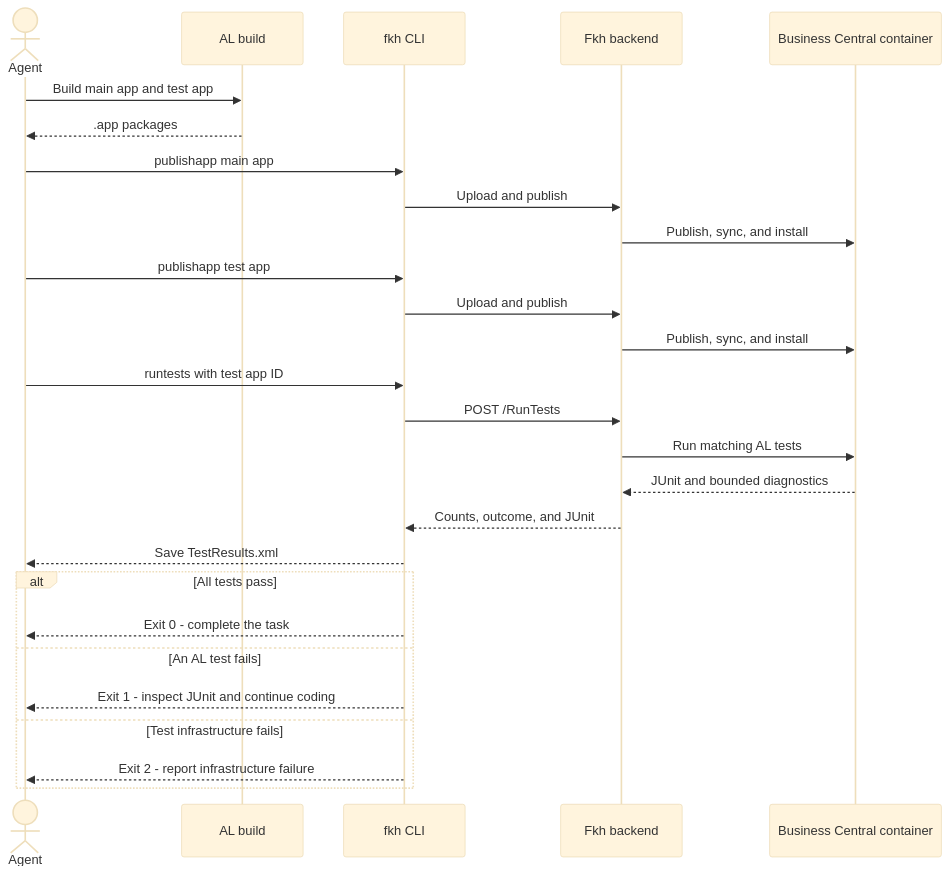
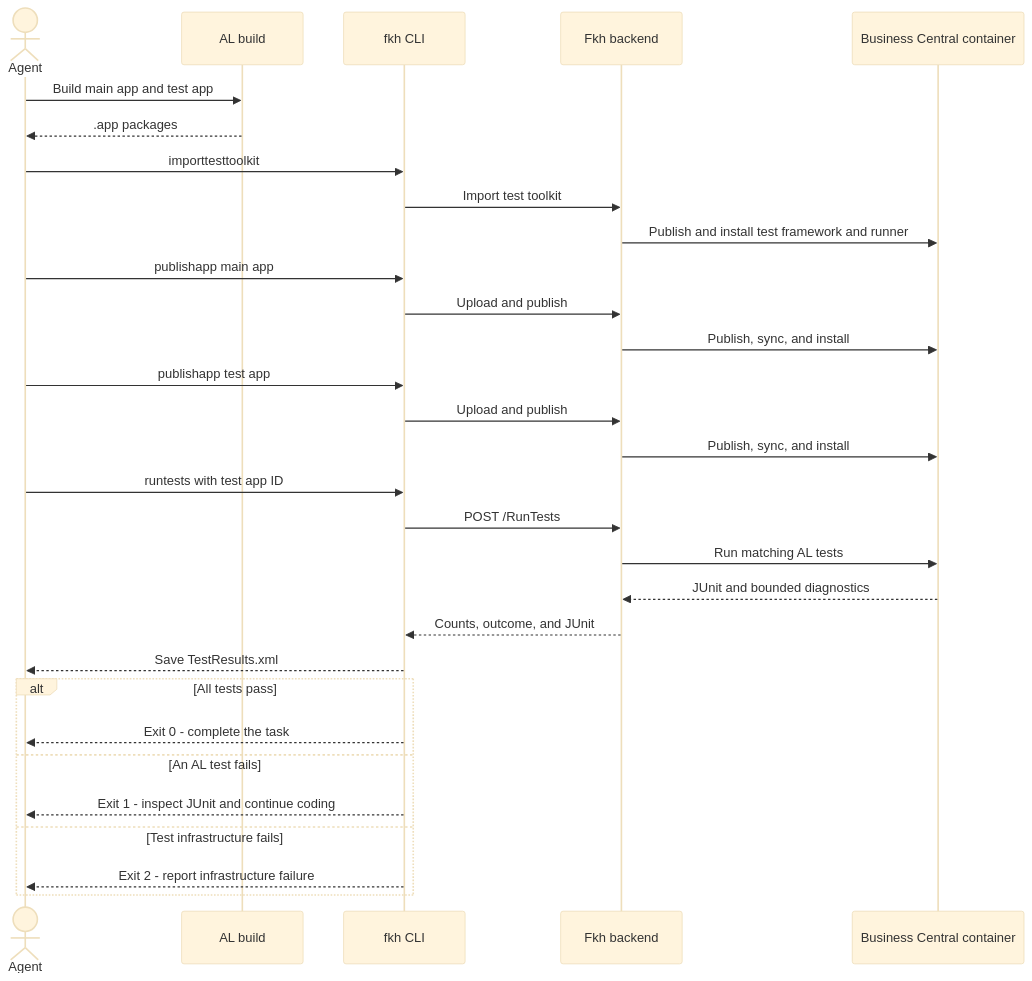
One commit to BUNKERHOLDINGBC/Fkh-fork changed the diagram in README.md. Above: the diagram before and after it, drawn with Mermaid (base theme). The commit also changed other lines of this file and 1 other file, not shown here.

Commit message:
Remove outdated VSCode tasks and update README with test toolkit import instructions

````diff
--- a/README.md
+++ b/README.md
@@ -94,31 +94,34 @@
 ```mermaid
 sequenceDiagram
 	actor Agent
 	participant Build as AL build
 	participant CLI as fkh CLI
 	participant API as Fkh backend
 	participant BC as Business Central container
 
 	Agent->>Build: Build main app and test app
 	Build-->>Agent: .app packages
+	Agent->>CLI: importtesttoolkit
+	CLI->>API: Import test toolkit
+	API->>BC: Publish and install test framework and runner
 	Agent->>CLI: publishapp main app
 	CLI->>API: Upload and publish
 	API->>BC: Publish, sync, and install
 	Agent->>CLI: publishapp test app
 	CLI->>API: Upload and publish
 	API->>BC: Publish, sync, and install
 	Agent->>CLI: runtests with test app ID
 	CLI->>API: POST /RunTests
 	API->>BC: Run matching AL tests
 	BC-->>API: JUnit and bounded diagnostics
 	API-->>CLI: Counts, outcome, and JUnit
 	CLI-->>Agent: Save TestResults.xml
 
 	alt All tests pass
 		CLI-->>Agent: Exit 0 - complete the task
 	else An AL test fails
 		CLI-->>Agent: Exit 1 - inspect JUnit and continue coding
 	else Test infrastructure fails
 		CLI-->>Agent: Exit 2 - report infrastructure failure
 	end
 ```
````
